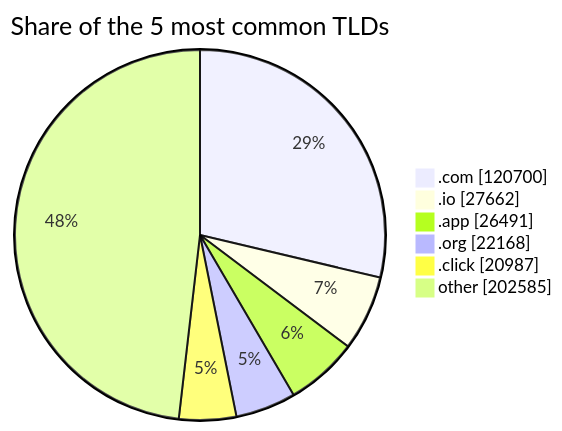
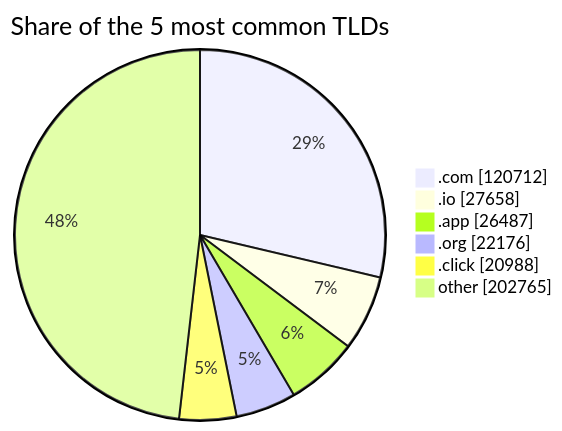
The third of 3 diagrams in README.md (DNSBunker/CTI), drawn with Mermaid before and after one commit. The commit also changed other lines of this file and 3 other files, not shown here.

````diff
--- a/README.md
+++ b/README.md
@@ -81,9 +81,9 @@
 ```mermaid
 pie showData title Share of the 5 most common TLDs
-    ".com" : 120700
-    ".io" : 27662
-    ".app" : 26491
-    ".org" : 22168
-    ".click" : 20987
-    "other" : 202585
+    ".com" : 120712
+    ".io" : 27658
+    ".app" : 26487
+    ".org" : 22176
+    ".click" : 20988
+    "other" : 202765
 ```
````
